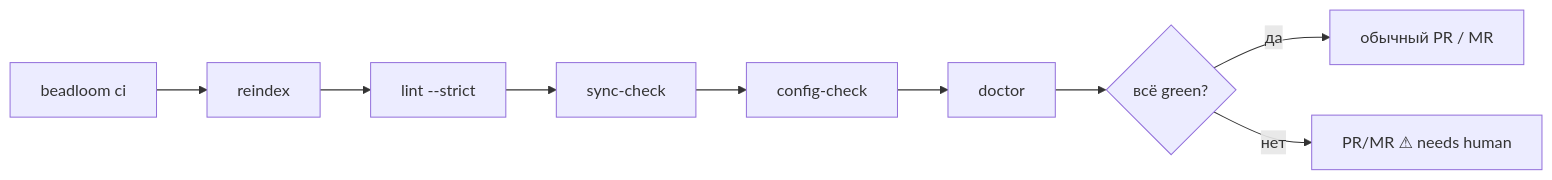
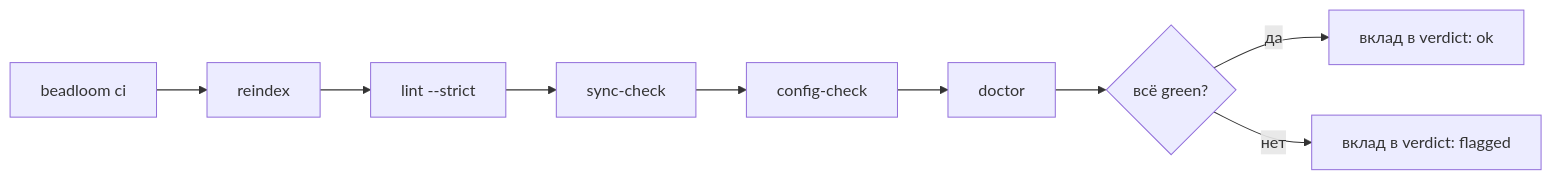
The ninth of 11 diagrams in .claude/development/docs/BDL-AI-AGENTS-ARCHITECTURE.md (zoologov/beadloom), drawn with Mermaid before and after one commit. The commit also changed other lines of this file and 50 other files, not shown here.

First line of the commit message:
[BDL-050] CI consolidation — one ci.yml (gate∥tests∥site-build → ai-techwriter needs) + AI-TW infra/flagged verdict (#6)

````diff
--- a/.claude/development/docs/BDL-AI-AGENTS-ARCHITECTURE.md
+++ b/.claude/development/docs/BDL-AI-AGENTS-ARCHITECTURE.md
@@ -414,12 +468,12 @@
 ```mermaid
 flowchart LR
   CI["beadloom ci"] --> R["reindex"]
   R --> L["lint --strict"]
   L --> S["sync-check"]
   S --> C["config-check"]
   C --> D["doctor"]
 
   D --> GREEN{"всё green?"}
-  GREEN -->|да| PR["обычный PR / MR"]
-  GREEN -->|нет| FLAG["PR/MR ⚠ needs human"]
+  GREEN -->|да| OK["вклад в verdict: ok"]
+  GREEN -->|нет| FLAG["вклад в verdict: flagged"]
 ```
````
